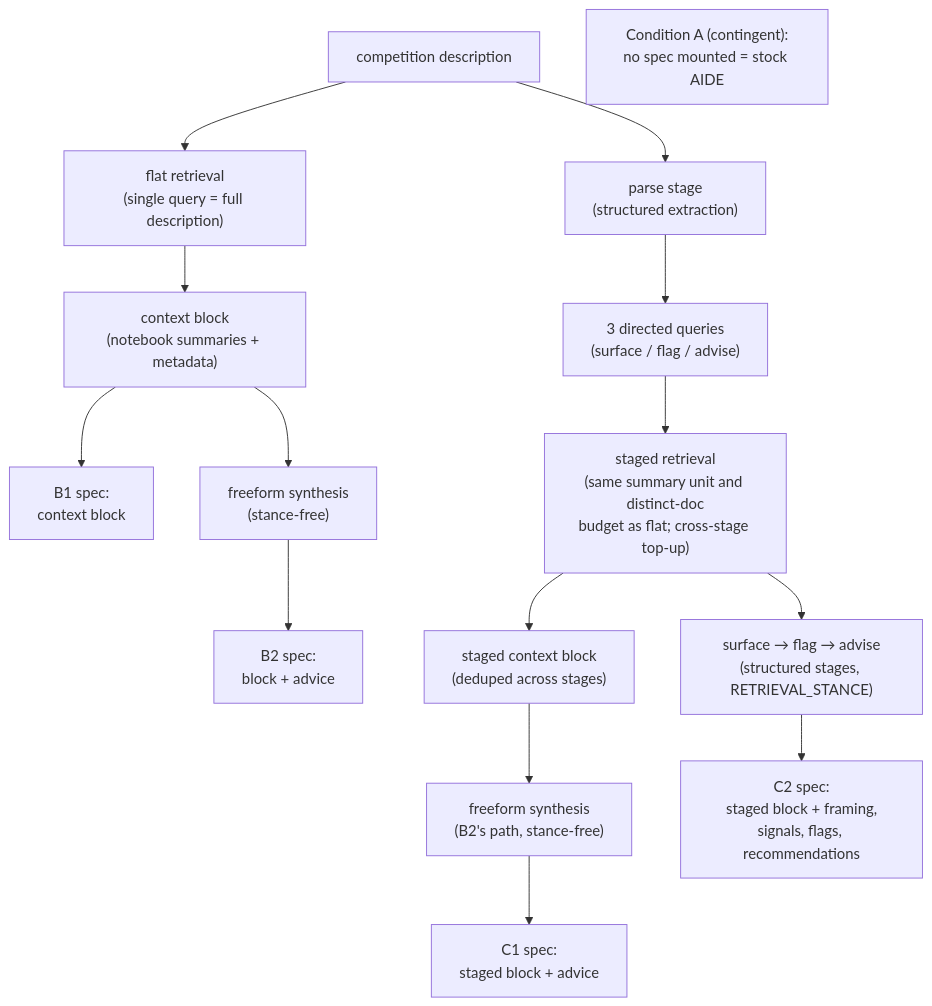
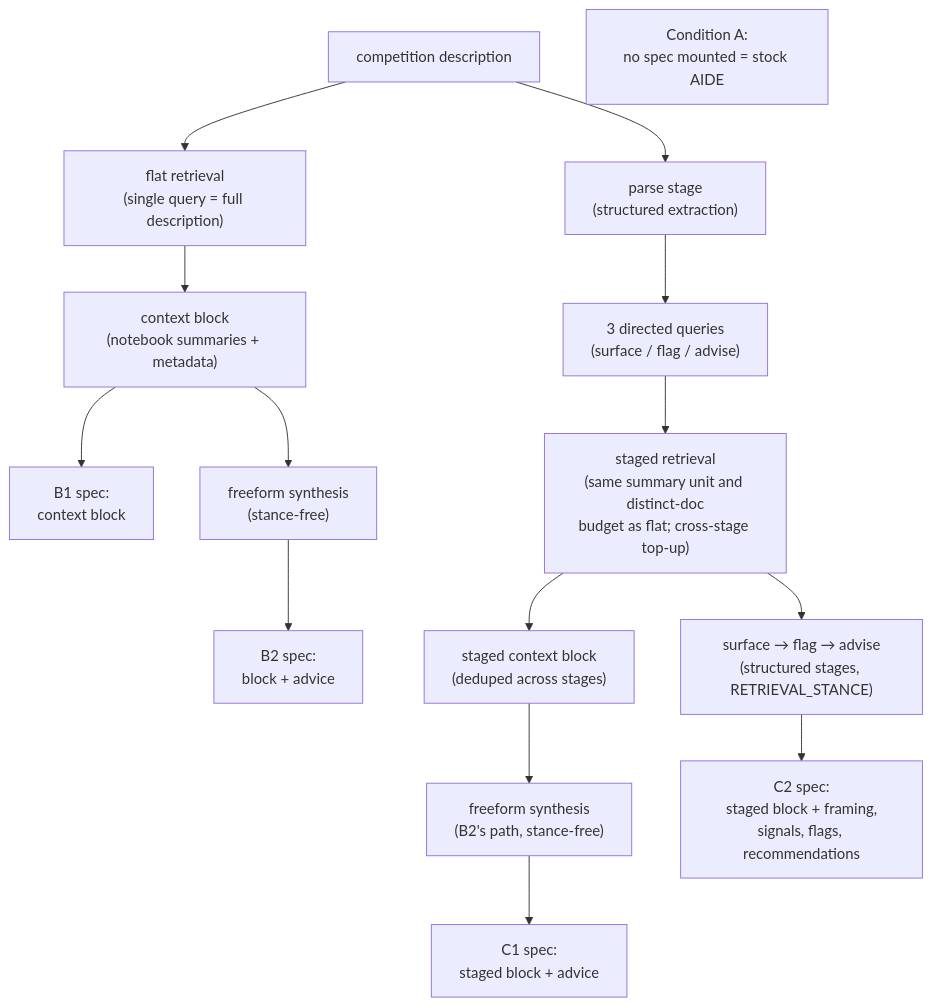
The second of 2 diagrams in docs/RESEARCH_DESIGN.md (csinatra/prelude), drawn with Mermaid before and after one commit. The commit also changed other lines of this file and 5 other files, not shown here.

````diff
--- a/docs/RESEARCH_DESIGN.md
+++ b/docs/RESEARCH_DESIGN.md
@@ -224,19 +224,19 @@
 ```mermaid
 flowchart TD
     D["competition description"] --> FQ["flat retrieval<br/>(single query = full description)"]
     FQ --> CB["context block<br/>(notebook summaries + metadata)"]
     CB --> B1["B1 spec:<br/>context block"]
     CB --> FS1["freeform synthesis<br/>(stance-free)"]
     FS1 --> B2["B2 spec:<br/>block + advice"]
 
     D --> P["parse stage<br/>(structured extraction)"]
     P --> Q["3 directed queries<br/>(surface / flag / advise)"]
     Q --> SR["staged retrieval<br/>(same summary unit and distinct-doc<br/>budget as flat; cross-stage top-up)"]
     SR --> SCB["staged context block<br/>(deduped across stages)"]
     SCB --> FS2["freeform synthesis<br/>(B2's path, stance-free)"]
     FS2 --> C1["C1 spec:<br/>staged block + advice"]
     SR --> ST["surface → flag → advise<br/>(structured stages, RETRIEVAL_STANCE)"]
     ST --> C2["C2 spec:<br/>staged block + framing,<br/>signals, flags, recommendations"]
 
-    A["Condition A (contingent):<br/>no spec mounted = stock AIDE"]
+    A["Condition A:<br/>no spec mounted = stock AIDE"]
 ```
````
